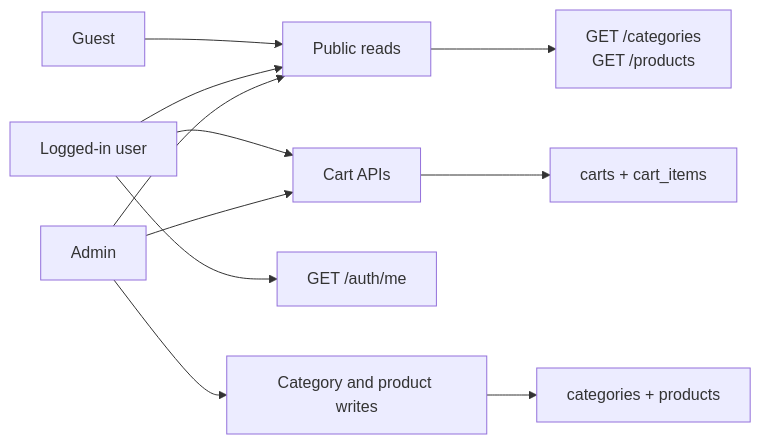
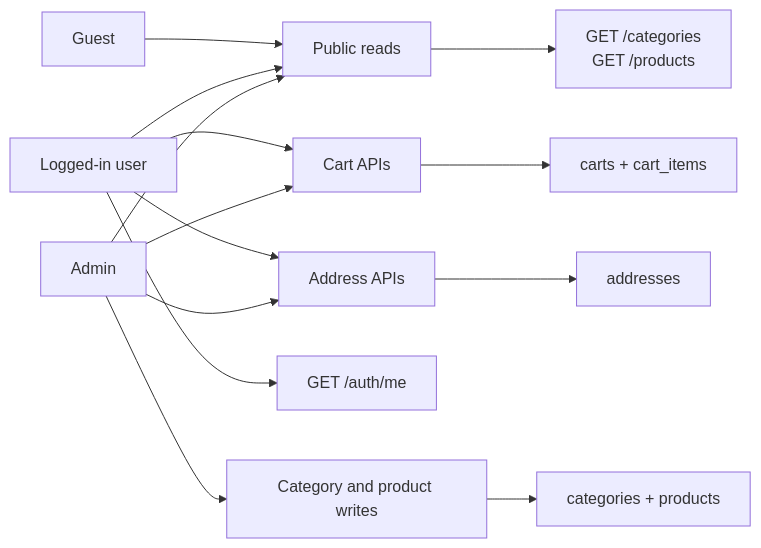
The sixth of 6 diagrams in README.md (mahdi-code007/ecommerce-api-typescript), drawn with Mermaid before and after one commit. The commit also changed other lines of this file and 11 other files, not shown here.

First line of the commit message:
feat: add user shipping addresses

````diff
--- a/README.md
+++ b/README.md
@@ -399,14 +441,17 @@
 ```mermaid
 flowchart LR
   Guest["Guest"] --> Public["Public reads"]
   User["Logged-in user"] --> Public
   User --> CartAPI["Cart APIs"]
+  User --> AddressAPI["Address APIs"]
   User --> Me["GET /auth/me"]
   Admin["Admin"] --> Public
   Admin --> CartAPI
+  Admin --> AddressAPI
   Admin --> Writes["Category and product writes"]
 
   Public --> Catalog["GET /categories<br/>GET /products"]
   CartAPI --> CartTables["carts + cart_items"]
+  AddressAPI --> AddressTable["addresses"]
   Writes --> CatalogTables["categories + products"]
 ```
````
